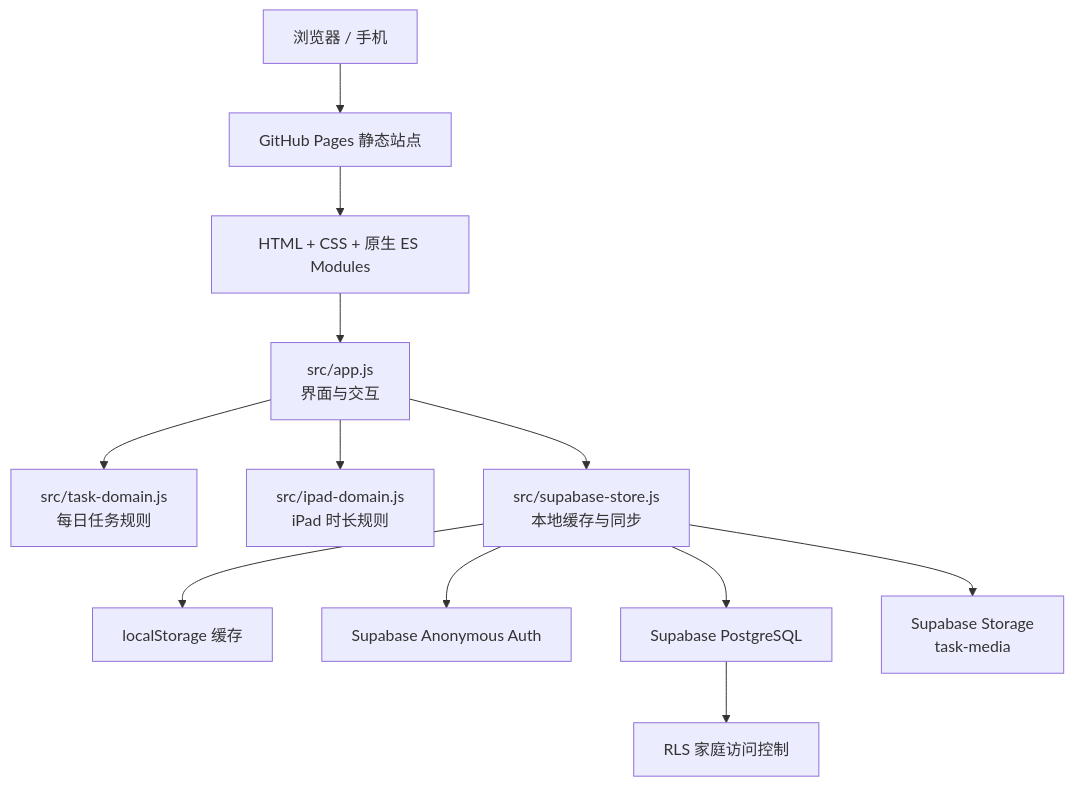
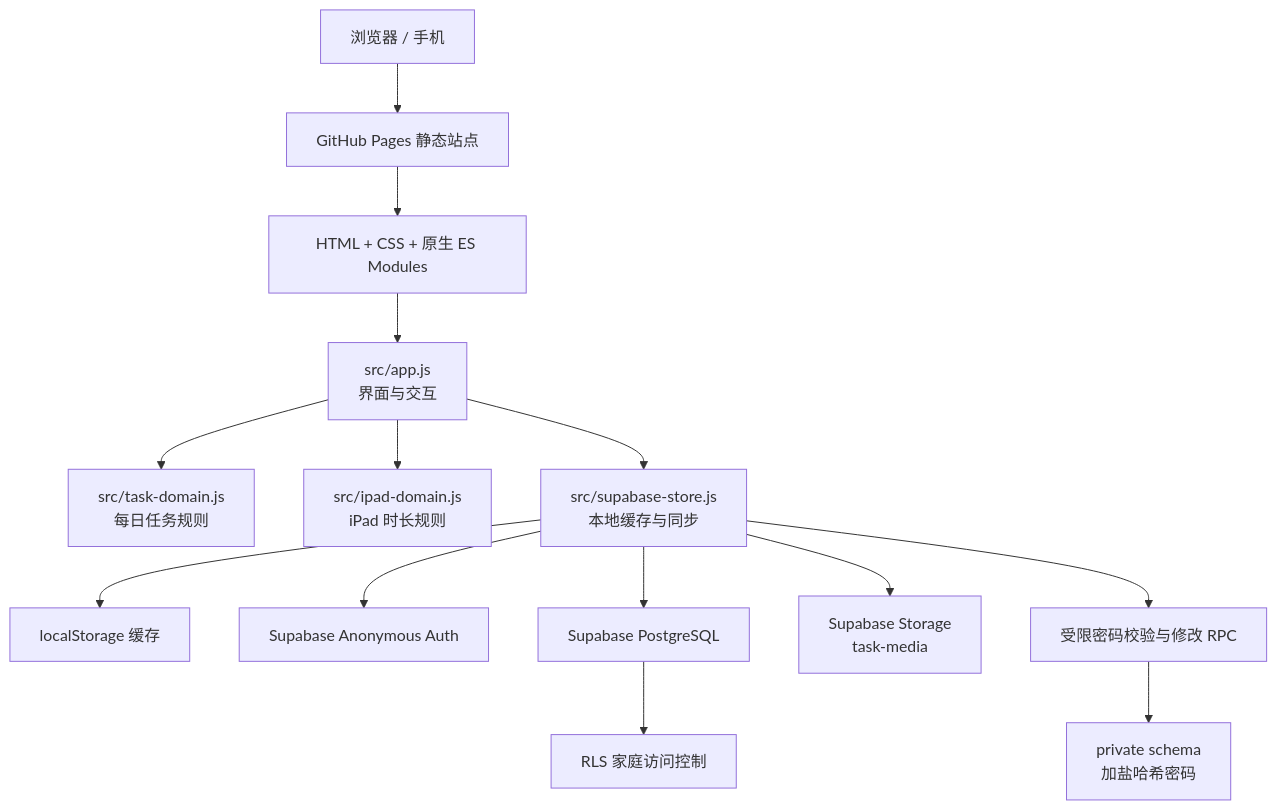
Before and after one commit to antty/daily-task: the diagram in README.md, drawn with Mermaid. The commit also changed other lines of this file and 8 other files, not shown here.

````diff
--- a/README.md
+++ b/README.md
@@ -109,14 +110,16 @@
 ```mermaid
 flowchart TB
   U[浏览器 / 手机] --> P[GitHub Pages 静态站点]
   P --> UI[HTML + CSS + 原生 ES Modules]
   UI --> APP[src/app.js\n界面与交互]
   APP --> TASK[src/task-domain.js\n每日任务规则]
   APP --> IPAD[src/ipad-domain.js\niPad 时长规则]
   APP --> STORE[src/supabase-store.js\n本地缓存与同步]
   STORE --> LS[localStorage 缓存]
   STORE --> AUTH[Supabase Anonymous Auth]
   STORE --> DB[Supabase PostgreSQL]
   STORE --> MEDIA[Supabase Storage\ntask-media]
+  STORE --> PASSWORD[受限密码校验与修改 RPC]
   DB --> RLS[RLS 家庭访问控制]
+  PASSWORD --> SECRET[private schema\n加盐哈希密码]
 ```
````
